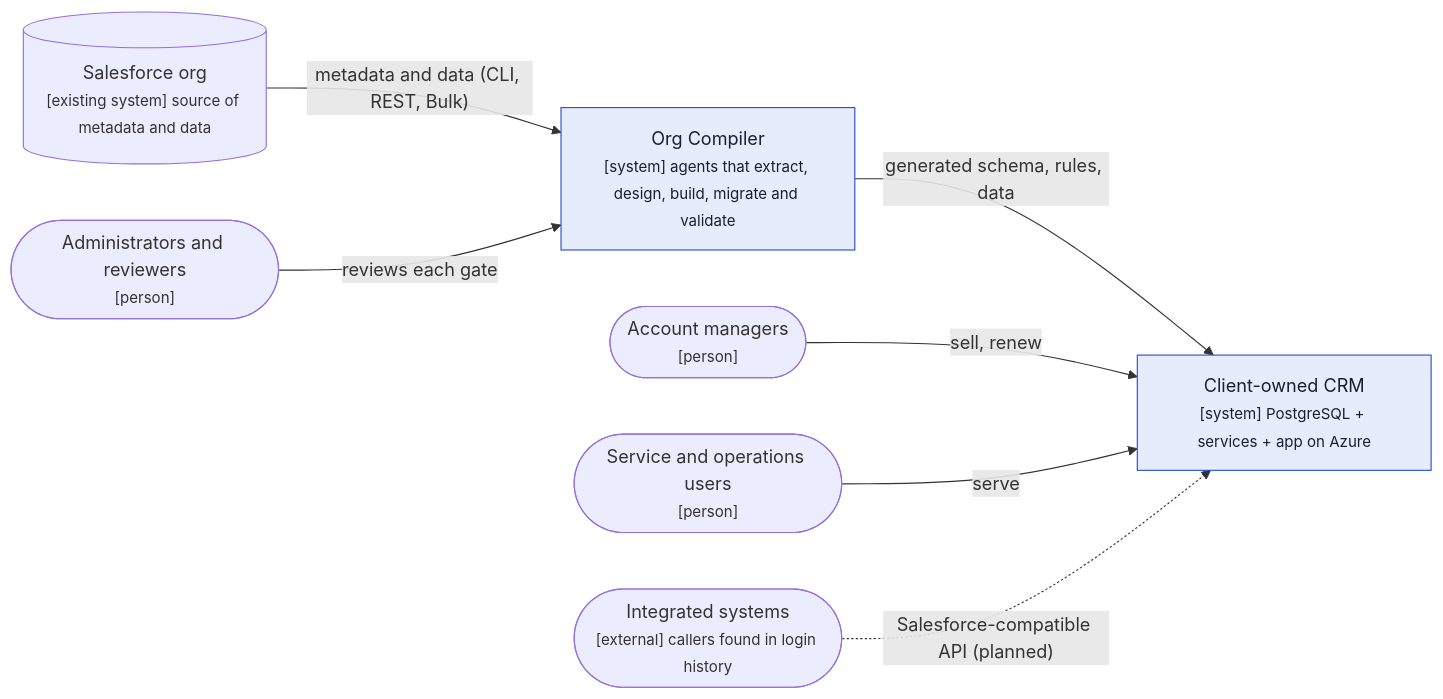
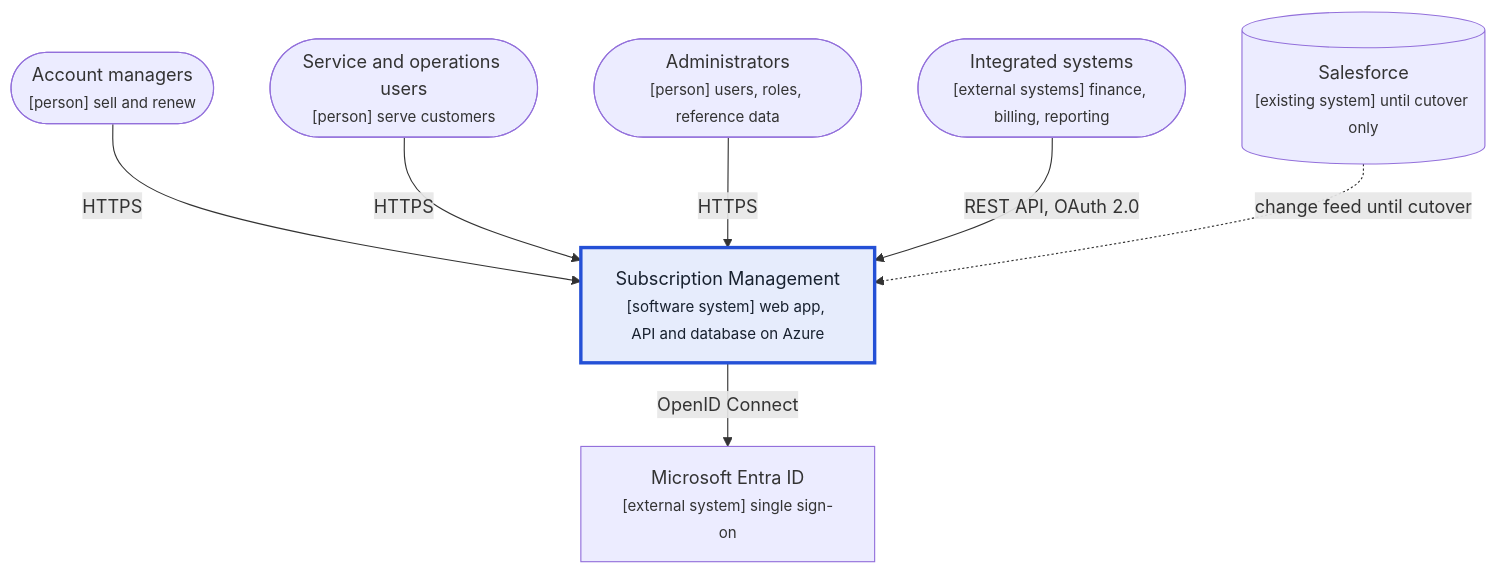
Before and after one commit to himantgupta-alt/crm-genie: the diagram in adlc/2-design/modelling/design/diagrams/c4Context.mmd, drawn with Mermaid. The commit also changed 49 other files, not shown here.

First line of the commit message:
Client pack, target-state platform architecture and deck slide

```diff
--- a/adlc/2-design/modelling/design/diagrams/c4Context.mmd
+++ b/adlc/2-design/modelling/design/diagrams/c4Context.mmd
@@ -1,16 +1,16 @@
-flowchart LR
-  AM(["Account managers<br/><small>[person]</small>"])
-  SA(["Service and operations users<br/><small>[person]</small>"])
-  AD(["Administrators and reviewers<br/><small>[person]</small>"])
-  SF[("Salesforce org<br/><small>[existing system] source of metadata and data</small>")]
-  MIG["Org Compiler<br/><small>[system] agents that extract, design, build, migrate and validate</small>"]
-  TGT["Client-owned CRM<br/><small>[system] PostgreSQL + services + app on Azure</small>"]
-  EXT(["Integrated systems<br/><small>[external] callers found in login history</small>"])
-  SF -- "metadata and data (CLI, REST, Bulk)" --> MIG
-  MIG -- "generated schema, rules, data" --> TGT
-  AD -- "reviews each gate" --> MIG
-  AM -- "sell, renew" --> TGT
-  SA -- "serve" --> TGT
-  EXT -. "Salesforce-compatible API (planned)" .-> TGT
-  classDef sys fill:#E6ECFC,stroke:#2450D6,color:#18212F;
-  class MIG,TGT sys;
+flowchart TB
+  AM(["Account managers<br/><small>[person] sell and renew</small>"])
+  SA(["Service and operations users<br/><small>[person] serve customers</small>"])
+  AD(["Administrators<br/><small>[person] users, roles, reference data</small>"])
+  TGT["Subscription Management<br/><small>[software system] web app, API and database on Azure</small>"]
+  IDP["Microsoft Entra ID<br/><small>[external system] single sign-on</small>"]
+  EXT(["Integrated systems<br/><small>[external systems] finance, billing, reporting</small>"])
+  SF[("Salesforce<br/><small>[existing system] until cutover only</small>")]
+  AM -- "HTTPS" --> TGT
+  SA -- "HTTPS" --> TGT
+  AD -- "HTTPS" --> TGT
+  TGT -- "OpenID Connect" --> IDP
+  EXT -- "REST API, OAuth 2.0" --> TGT
+  SF -. "change feed until cutover" .-> TGT
+  classDef sys fill:#E6ECFC,stroke:#2450D6,stroke-width:3px,color:#18212F;
+  class TGT sys;
```
